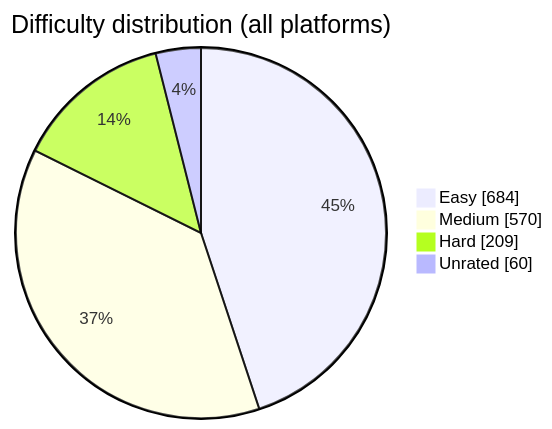
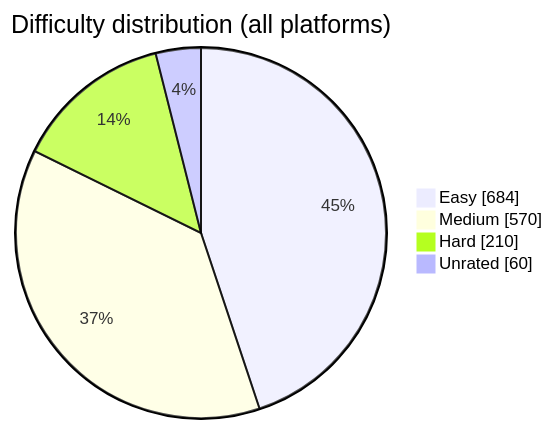
Before and after one commit to BuildbyArindam/Daily-Coding-Log: the diagram in README.md, drawn with Mermaid. The commit also changed other lines of this file, not shown here.

````diff
--- a/README.md
+++ b/README.md
@@ -93,7 +93,7 @@
 ```mermaid
 pie showData title Difficulty distribution (all platforms)
     "Easy" : 684
     "Medium" : 570
-    "Hard" : 209
+    "Hard" : 210
     "Unrated" : 60
 ```
````
